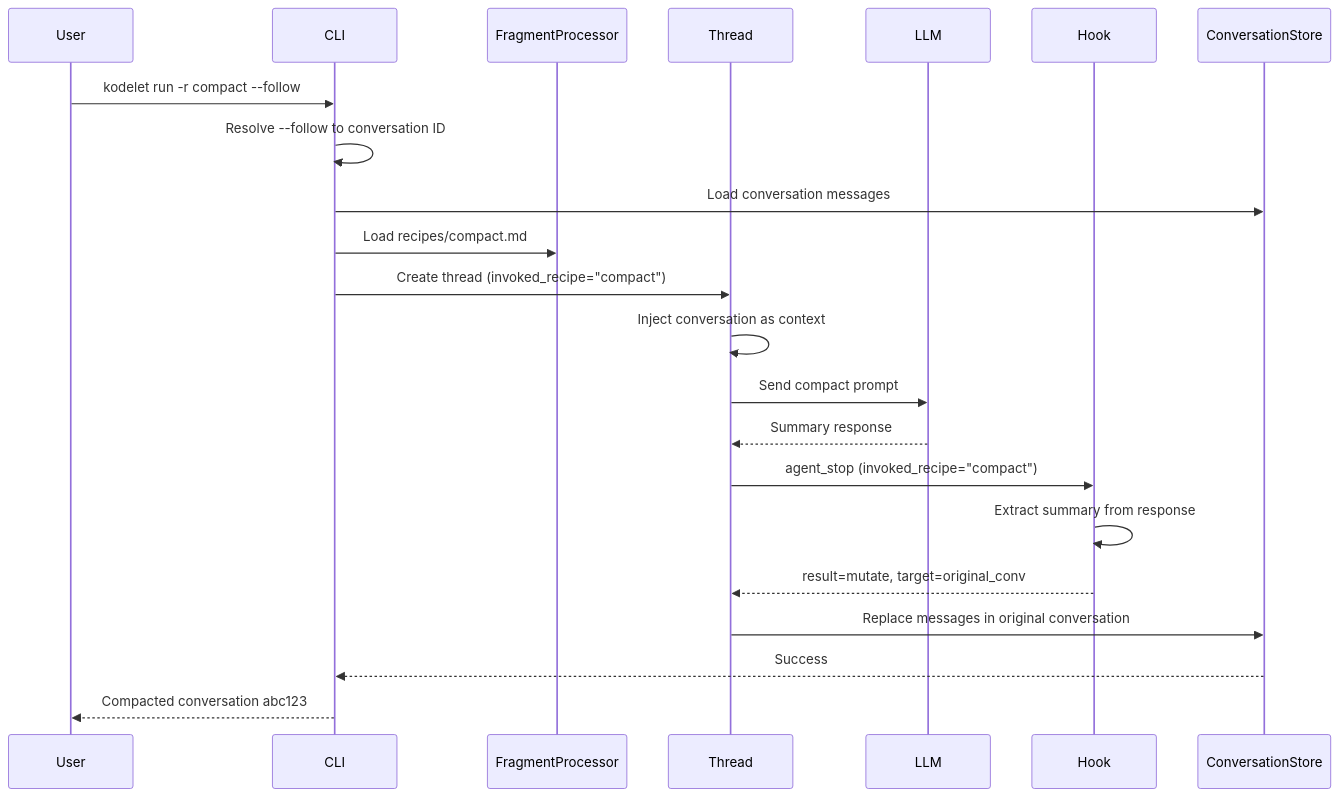
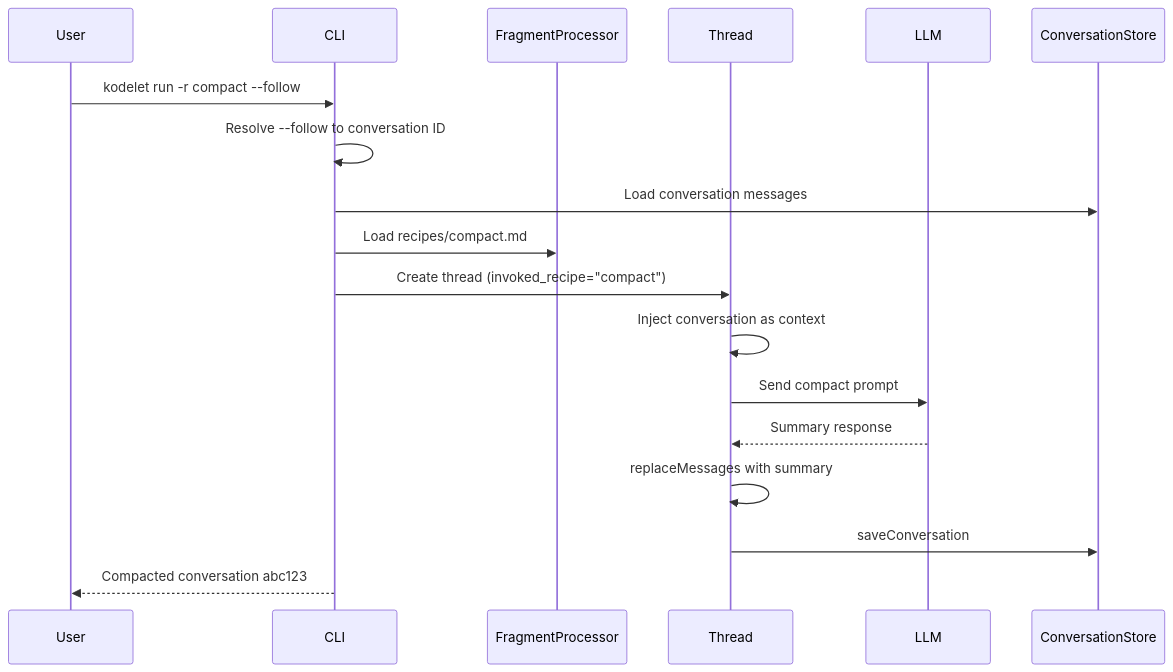
The third of 3 diagrams in adrs/025-enhanced-hook-system.md (jingkaihe/kodelet), drawn with Mermaid before and after one commit. The commit also changed other lines of this file and 11 other files, not shown here.

Commit message:
docs: simplify enhanced hook system by removing cross-conversation mutations and redundant agent_stop coordination

````diff
--- a/adrs/025-enhanced-hook-system.md
+++ b/adrs/025-enhanced-hook-system.md
@@ -609,25 +410,21 @@
 ```mermaid
 sequenceDiagram
     participant User
     participant CLI
     participant FragmentProcessor
     participant Thread
     participant LLM
-    participant Hook
     participant ConversationStore
 
     User->>CLI: kodelet run -r compact --follow
     CLI->>CLI: Resolve --follow to conversation ID
     CLI->>ConversationStore: Load conversation messages
     CLI->>FragmentProcessor: Load recipes/compact.md
     CLI->>Thread: Create thread (invoked_recipe="compact")
     Thread->>Thread: Inject conversation as context
     Thread->>LLM: Send compact prompt
     LLM-->>Thread: Summary response
-    Thread->>Hook: agent_stop (invoked_recipe="compact")
-    Hook->>Hook: Extract summary from response
-    Hook-->>Thread: result=mutate, target=original_conv
-    Thread->>ConversationStore: Replace messages in original conversation
-    ConversationStore-->>CLI: Success
+    Thread->>Thread: replaceMessages with summary
+    Thread->>ConversationStore: saveConversation
     CLI-->>User: Compacted conversation abc123
 ```
````
